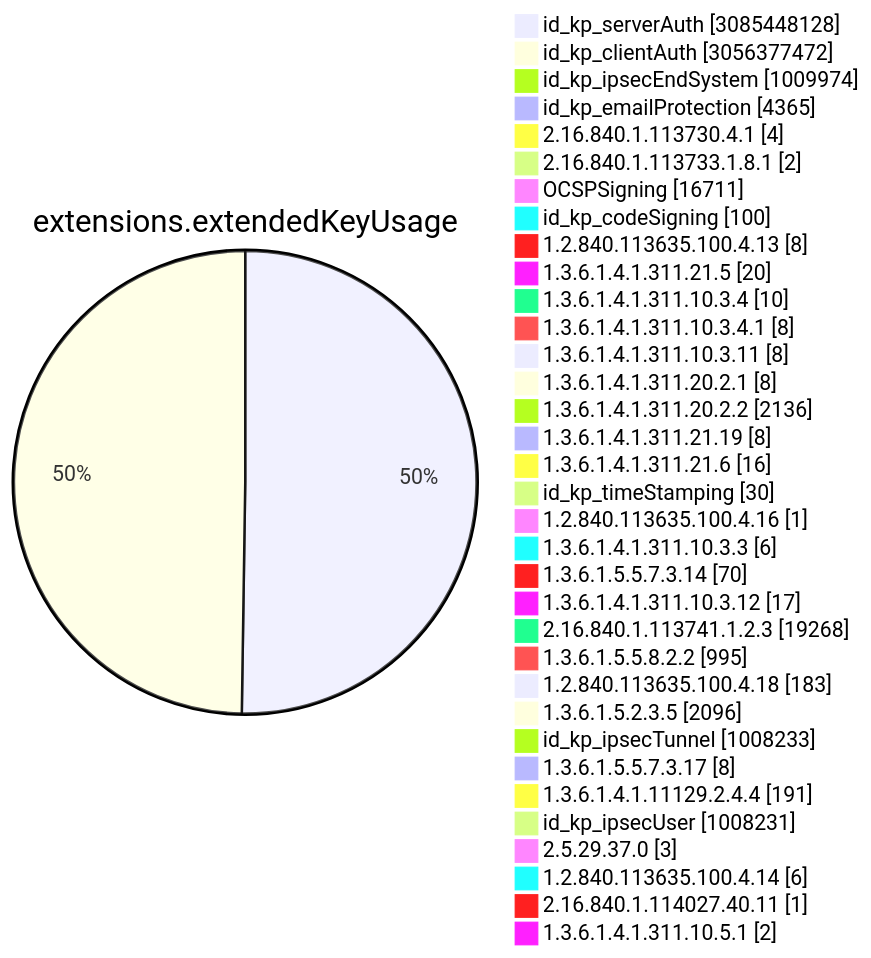
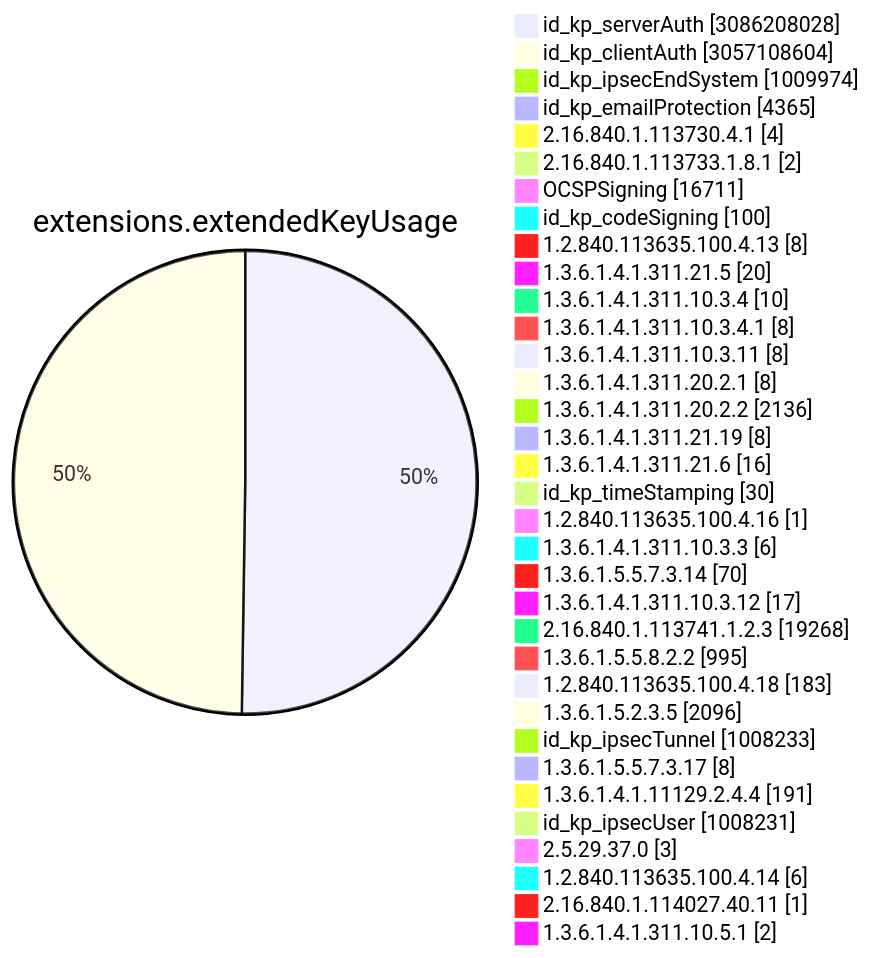
One commit to christiankrug/ctmonitor_visualization changed diagram 11 of 15 in TOTAL/README.md. Above: the diagram before and after it, drawn with Mermaid. The commit also changed other lines of this file, not shown here.

````diff
--- a/TOTAL/README.md
+++ b/TOTAL/README.md
@@ -4117,38 +4117,38 @@
 ```mermaid
 pie showData
 title extensions.extendedKeyUsage
-"id_kp_serverAuth" :3085448128
-"id_kp_clientAuth" :3056377472
+"id_kp_serverAuth" :3086208028
+"id_kp_clientAuth" :3057108604
 "id_kp_ipsecEndSystem" :1009974
 "id_kp_emailProtection" :4365
 "2.16.840.1.113730.4.1" :4
 "2.16.840.1.113733.1.8.1" :2
 "OCSPSigning" :16711
 "id_kp_codeSigning" :100
 "1.2.840.113635.100.4.13" :8
 "1.3.6.1.4.1.311.21.5" :20
 "1.3.6.1.4.1.311.10.3.4" :10
 "1.3.6.1.4.1.311.10.3.4.1" :8
 "1.3.6.1.4.1.311.10.3.11" :8
 "1.3.6.1.4.1.311.20.2.1" :8
 "1.3.6.1.4.1.311.20.2.2" :2136
 "1.3.6.1.4.1.311.21.19" :8
 "1.3.6.1.4.1.311.21.6" :16
 "id_kp_timeStamping" :30
 "1.2.840.113635.100.4.16" :1
 "1.3.6.1.4.1.311.10.3.3" :6
 "1.3.6.1.5.5.7.3.14" :70
 "1.3.6.1.4.1.311.10.3.12" :17
 "2.16.840.1.113741.1.2.3" :19268
 "1.3.6.1.5.5.8.2.2" :995
 "1.2.840.113635.100.4.18" :183
 "1.3.6.1.5.2.3.5" :2096
 "id_kp_ipsecTunnel" :1008233
 "1.3.6.1.5.5.7.3.17" :8
 "1.3.6.1.4.1.11129.2.4.4" :191
 "id_kp_ipsecUser" :1008231
 "2.5.29.37.0" :3
 "1.2.840.113635.100.4.14" :6
 "2.16.840.1.114027.40.11" :1
 "1.3.6.1.4.1.311.10.5.1" :2
 ```
````
